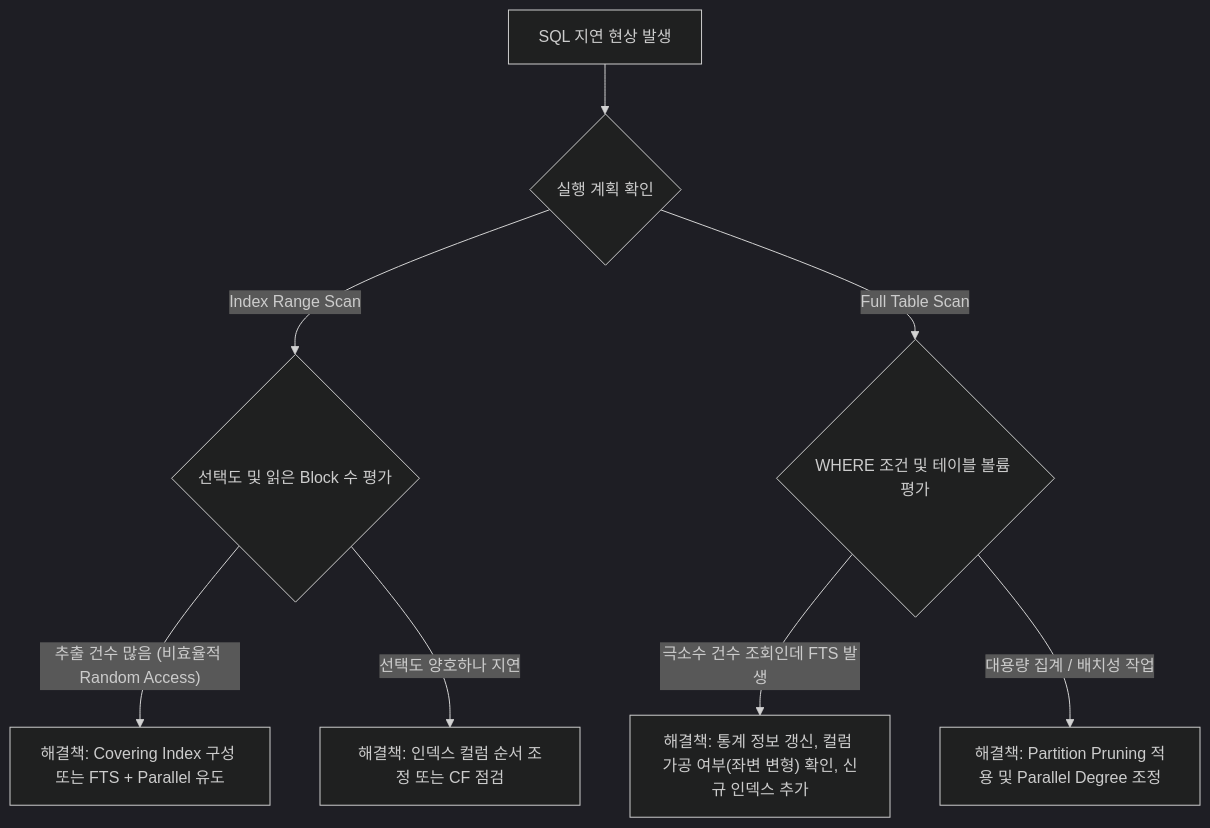
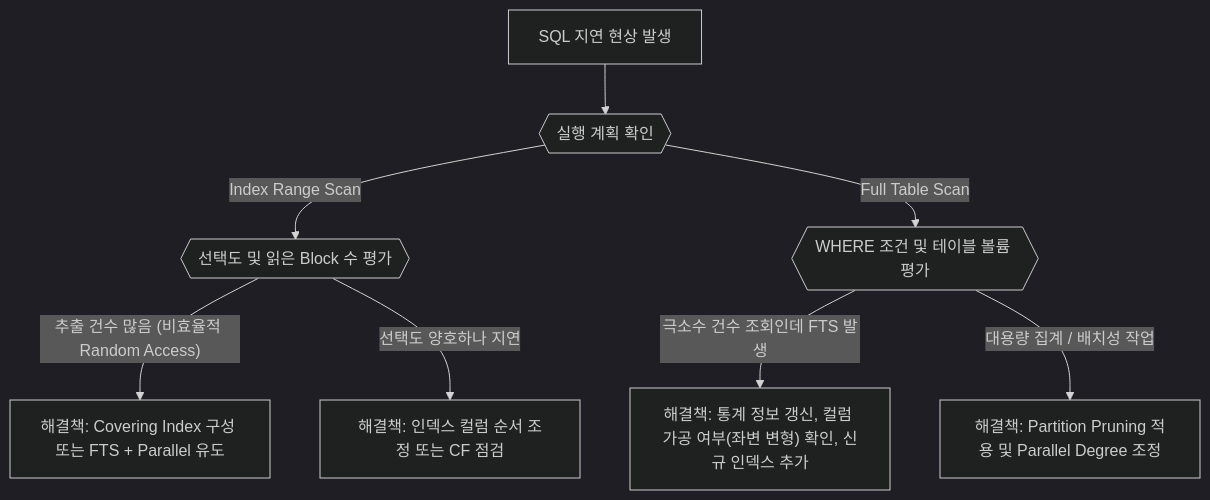
One commit to djpibo/djpibo.github.io changed the third of 3 diagrams in docs/dbms/oracle/index-scan-vs-full-table-scan.md. Above: the diagram before and after it, drawn with Mermaid (dark theme). The commit also changed 6 other files, not shown here.

Commit message:
style(mermaid): replace oversized diamond nodes with compact hexagon nodes

````diff
--- a/docs/dbms/oracle/index-scan-vs-full-table-scan.md
+++ b/docs/dbms/oracle/index-scan-vs-full-table-scan.md
@@ -136,12 +136,12 @@
 ```mermaid
 flowchart TD
-    Start["SQL 지연 현상 발생"] --> CheckPlan{"실행 계획 확인"}
+    Start["SQL 지연 현상 발생"] --> CheckPlan{{"실행 계획 확인"}}
     
-    CheckPlan -->|Index Range Scan| EvalSelectivity{"선택도 및 읽은 Block 수 평가"}
+    CheckPlan -->|Index Range Scan| EvalSelectivity{{"선택도 및 읽은 Block 수 평가"}}
     EvalSelectivity -->|"추출 건수 많음 (비효율적 Random Access)"| Sol1["해결책: Covering Index 구성 또는 FTS + Parallel 유도"]
     EvalSelectivity -->|"선택도 양호하나 지연"| Sol2["해결책: 인덱스 컬럼 순서 조정 또는 CF 점검"]
     
-    CheckPlan -->|Full Table Scan| EvalCondition{"WHERE 조건 및 테이블 볼륨 평가"}
+    CheckPlan -->|Full Table Scan| EvalCondition{{"WHERE 조건 및 테이블 볼륨 평가"}}
     EvalCondition -->|"극소수 건수 조회인데 FTS 발생"| Sol3["해결책: 통계 정보 갱신, 컬럼 가공 여부(좌변 변형) 확인, 신규 인덱스 추가"]
     EvalCondition -->|"대용량 집계 / 배치성 작업"| Sol4["해결책: Partition Pruning 적용 및 Parallel Degree 조정"]
 ```
````
